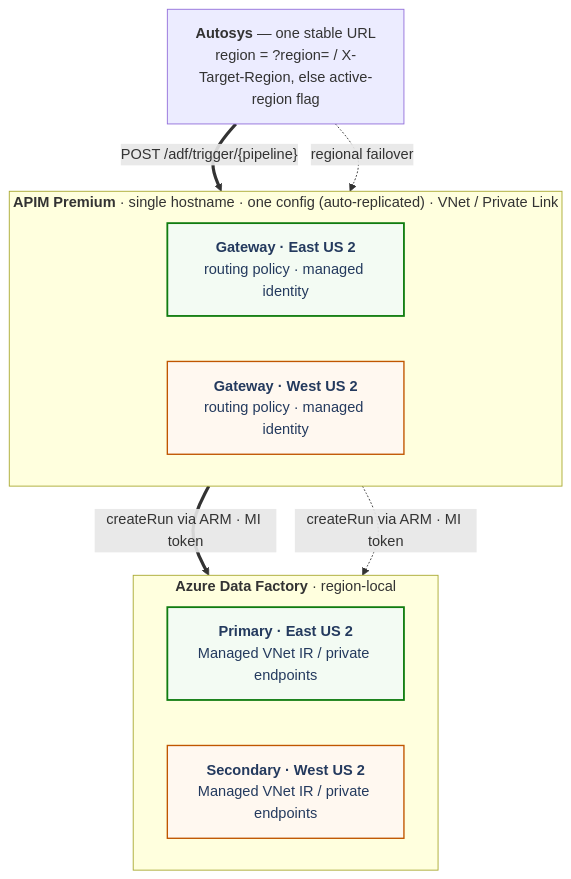
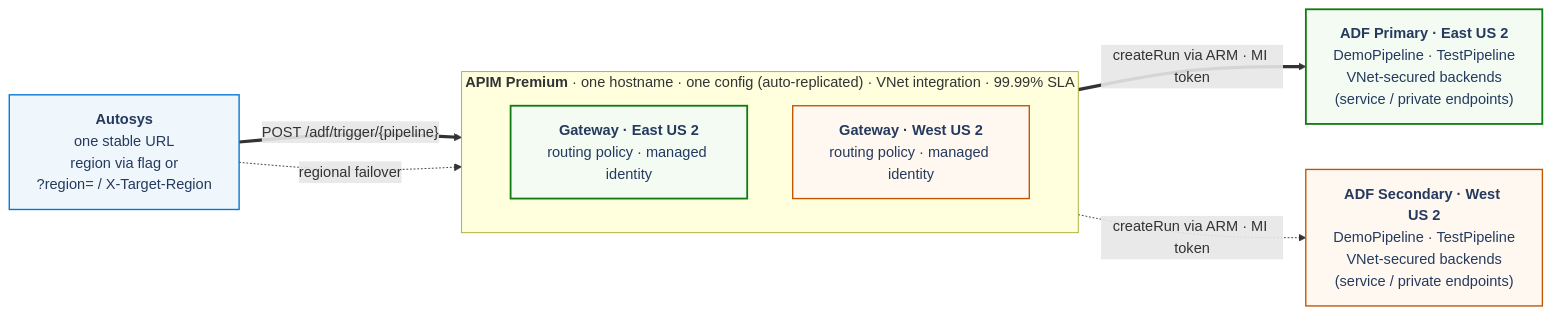
Before and after one commit to SpiffLabSquad/adf-dr-apim-demo: the diagram in docs/architecture.md, drawn with Mermaid. The commit also changed other lines of this file and 3 other files, not shown here.

First line of the commit message:
Revert to horizontal diagram (improved); reframe networking to service endpoints

````diff
--- a/docs/architecture.md
+++ b/docs/architecture.md
@@ -86,26 +86,25 @@
 ```mermaid
-flowchart TB
-    AJ["<b>Autosys</b> — one stable URL<br/>region = ?region= / X-Target-Region, else active-region flag"]
+flowchart LR
+    AJ["<b>Autosys</b><br/>one stable URL<br/>region via flag or<br/>?region= / X-Target-Region"]
 
-    subgraph APIM["<b>APIM Premium</b> · single hostname · one config (auto-replicated) · VNet / Private Link"]
-        direction LR
+    subgraph APIM["<b>APIM Premium</b> · one hostname · one config (auto-replicated) · VNet integration · 99.99% SLA"]
+        direction TB
         GA["<b>Gateway · East US 2</b><br/>routing policy · managed identity"]
         GB["<b>Gateway · West US 2</b><br/>routing policy · managed identity"]
     end
 
-    subgraph ADF["<b>Azure Data Factory</b> · region-local"]
-        direction LR
-        FP["<b>Primary · East US 2</b><br/>Managed VNet IR / private endpoints"]
-        FS["<b>Secondary · West US 2</b><br/>Managed VNet IR / private endpoints"]
-    end
+    FP["<b>ADF Primary · East US 2</b><br/>DemoPipeline · TestPipeline<br/>VNet-secured backends<br/>(service / private endpoints)"]
+    FS["<b>ADF Secondary · West US 2</b><br/>DemoPipeline · TestPipeline<br/>VNet-secured backends<br/>(service / private endpoints)"]
 
     AJ ==>|"POST /adf/trigger/{pipeline}"| GA
     AJ -. "regional failover" .-> GB
     GA ==>|"createRun via ARM · MI token"| FP
     GB -. "createRun via ARM · MI token" .-> FS
 
     classDef active stroke:#107C10,stroke-width:2px,fill:#F3FBF3,color:#243A5E;
     classDef standby stroke:#C05600,stroke-width:1.5px,fill:#FFF8F0,color:#243A5E;
+    classDef client stroke:#0078D4,stroke-width:1.5px,fill:#EFF6FC,color:#243A5E;
     class GA,FP active;
     class GB,FS standby;
+    class AJ client;
 ```
````
